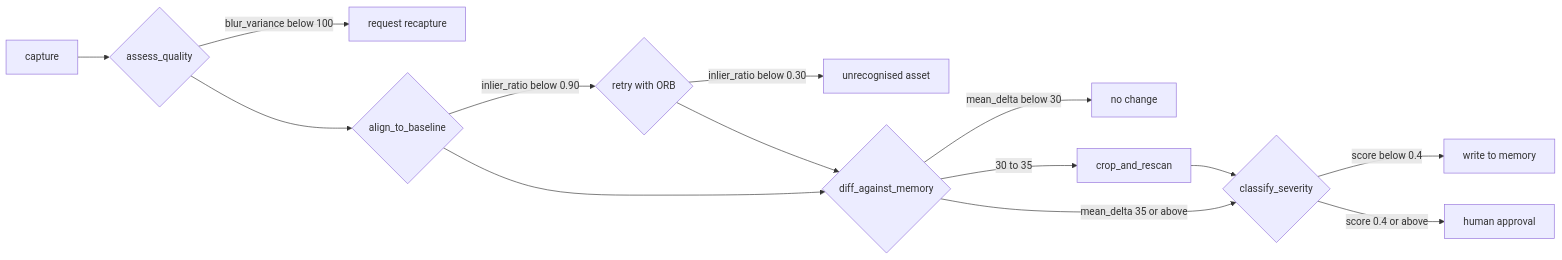
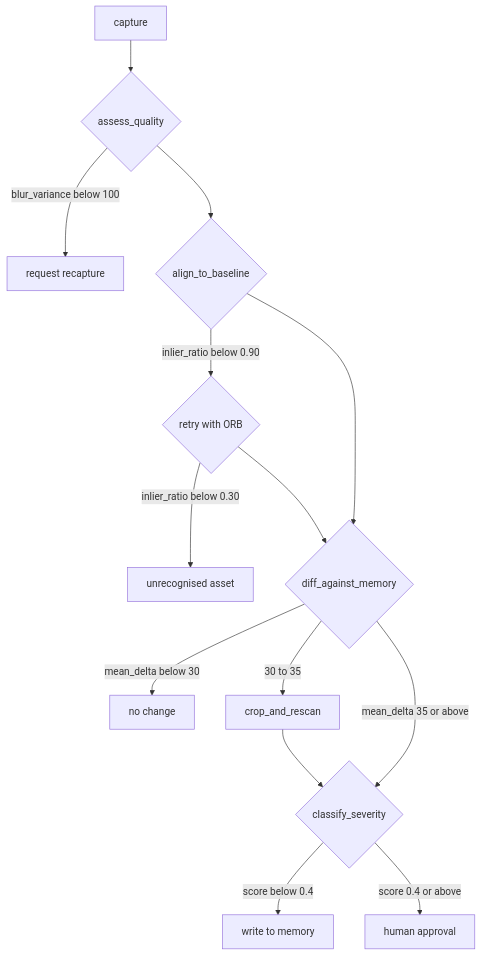
One commit to gmassello/afterimage changed the diagram in README.md. Above: the diagram before and after it, drawn with Mermaid. The commit also changed 9 other files, not shown here.

````diff
--- a/README.md
+++ b/README.md
@@ -67,16 +67,16 @@
 ```mermaid
-flowchart LR
+flowchart TD
   C[capture] --> Q{assess_quality}
   Q -- blur_variance below 100 --> R[request recapture]
   Q --> A{align_to_baseline}
   A -- inlier_ratio below 0.90 --> O{retry with ORB}
   O -- inlier_ratio below 0.30 --> U[unrecognised asset]
   O --> D
   A --> D{diff_against_memory}
   D -- mean_delta below 30 --> N[no change]
   D -- 30 to 35 --> Z[crop_and_rescan]
   Z --> S
   D -- mean_delta 35 or above --> S{classify_severity}
   S -- score below 0.4 --> W[write to memory]
   S -- score 0.4 or above --> H[human approval]
 ```
````
